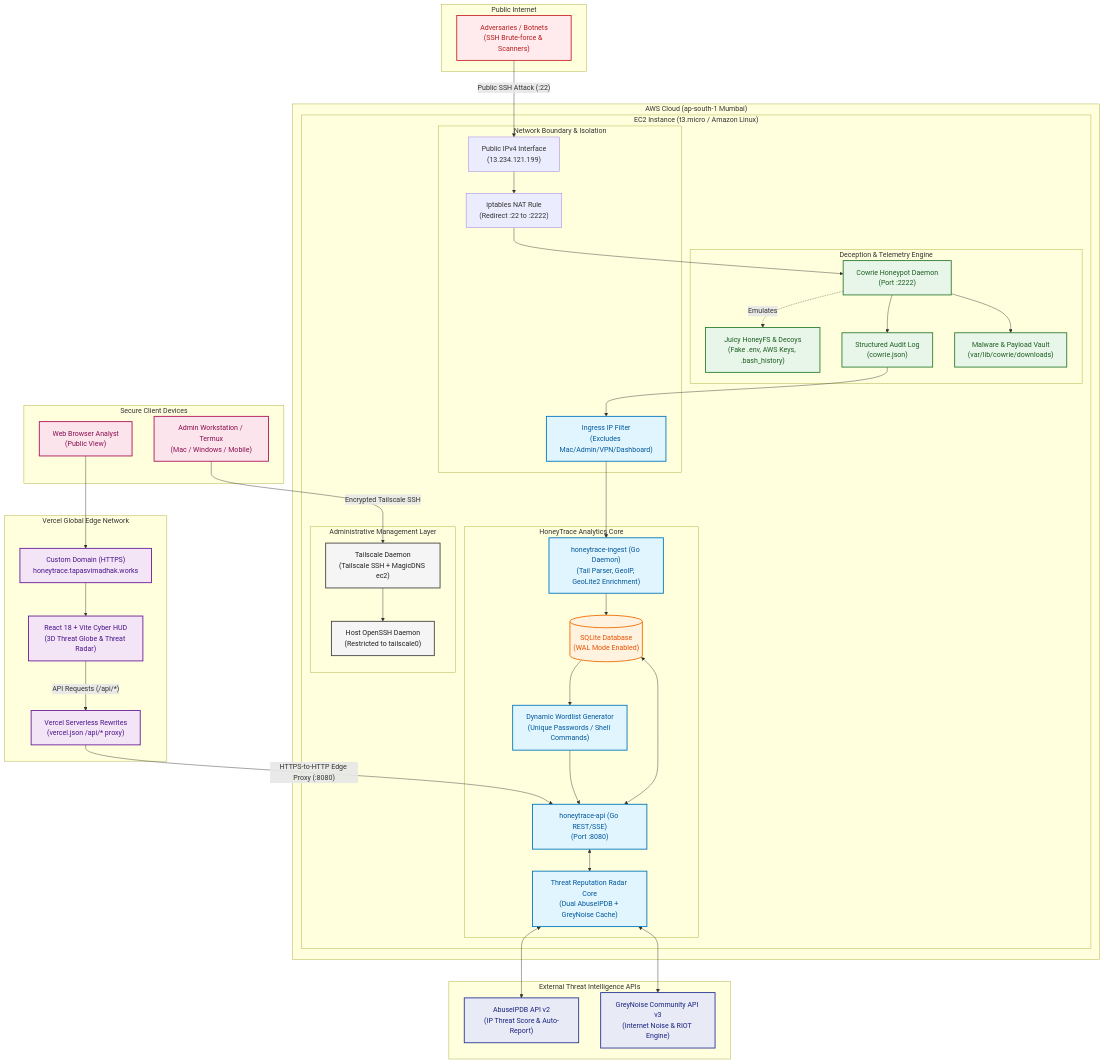
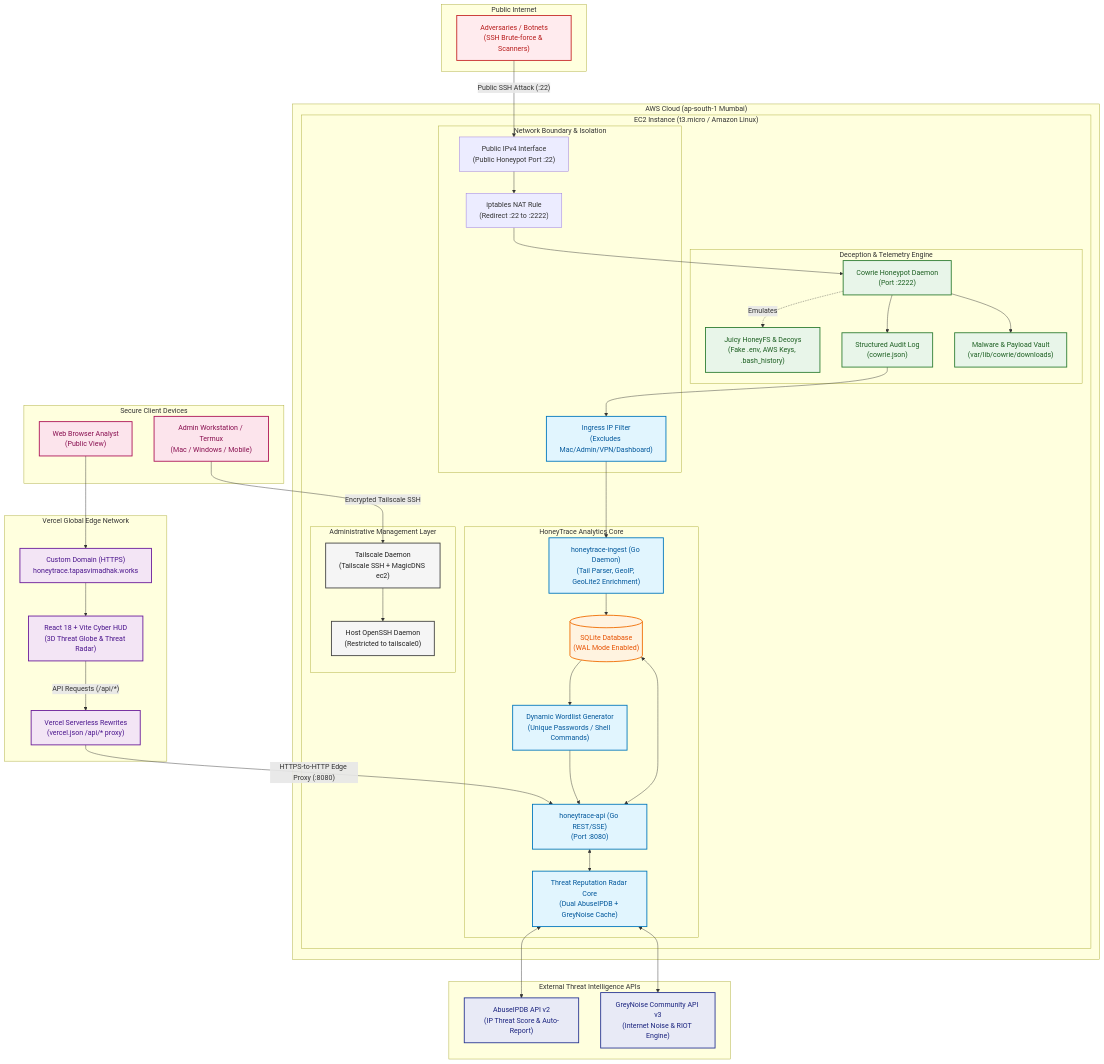
Before and after one commit to TapasviMadhak/HoneyTrace: the diagram in docs/ARCHITECTURE.md, drawn with Mermaid. The commit also changed 22 other files, not shown here.

```diff
--- a/docs/ARCHITECTURE.md
+++ b/docs/ARCHITECTURE.md
@@ -23,7 +23,7 @@
         GREYNOISE["GreyNoise Community API v3<br>(Internet Noise &amp; RIOT Engine)"]
   end
  subgraph INGRESS["Network Boundary &amp; Isolation"]
-        PUB_IP["Public IPv4 Interface<br>(13.234.121.199)"]
+        PUB_IP["Public IPv4 Interface<br>(Public Honeypot Port :22)"]
         IPTABLES["iptables NAT Rule<br>(Redirect :22 to :2222)"]
         FILTER["Ingress IP Filter<br>(Excludes Mac/Admin/VPN/Dashboard)"]
   end
```
